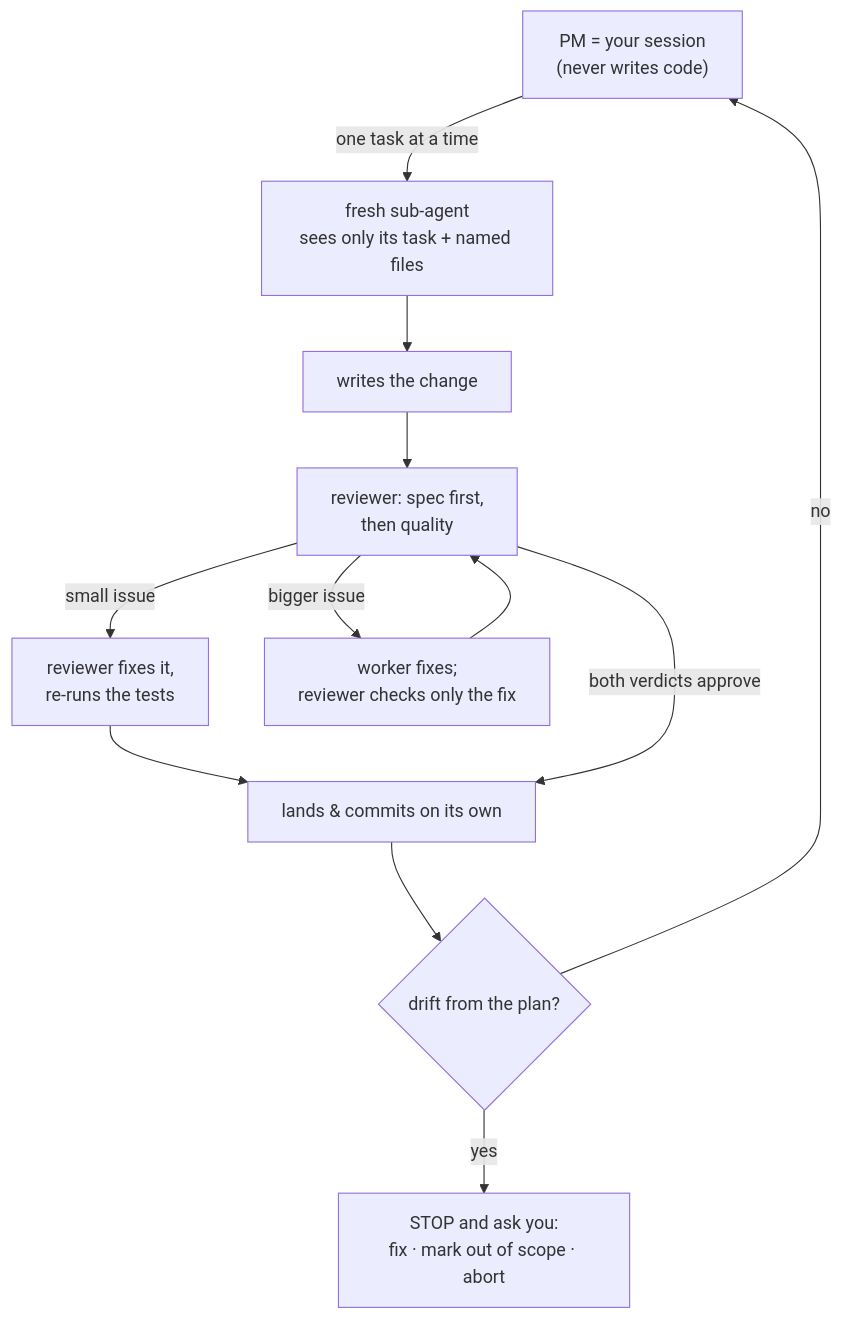
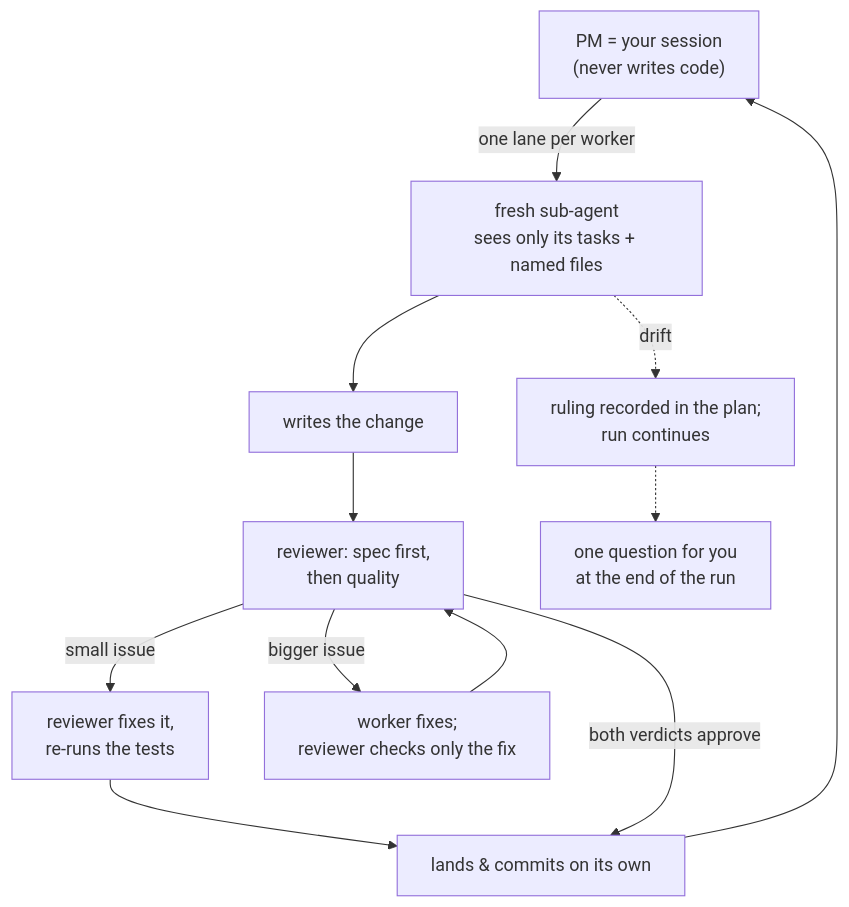
The diagram in website/src/content/docs/execute.mdx (sentasity/cadence), drawn with Mermaid before and after one commit. The commit also changed other lines of this file and 19 other files, not shown here.

````diff
--- a/website/src/content/docs/execute.mdx
+++ b/website/src/content/docs/execute.mdx
@@ -50,14 +50,14 @@
 ```mermaid
 flowchart TB
-    pm["PM = your session<br/>(never writes code)"] -->|one task at a time| sub["fresh sub-agent<br/>sees only its task + named files"]
+    pm["PM = your session<br/>(never writes code)"] -->|one lane per worker| sub["fresh sub-agent<br/>sees only its tasks + named files"]
     sub --> change["writes the change"]
     change --> review["reviewer: spec first,<br/>then quality"]
     review -->|small issue| selffix["reviewer fixes it,<br/>re-runs the tests"]
     selffix --> land
     review -->|bigger issue| refix["worker fixes;<br/>reviewer checks only the fix"]
     refix --> review
     review -->|both verdicts approve| land["lands & commits on its own"]
-    land --> drift{"drift from the plan?"}
-    drift -->|no| pm
-    drift -->|yes| stop["STOP and ask you:<br/>fix · mark out of scope · abort"]
+    land --> pm
+    sub -.->|"drift"| ruling["ruling recorded in the plan;<br/>run continues"]
+    ruling -.-> end1["one question for you<br/>at the end of the run"]
 ```
````
